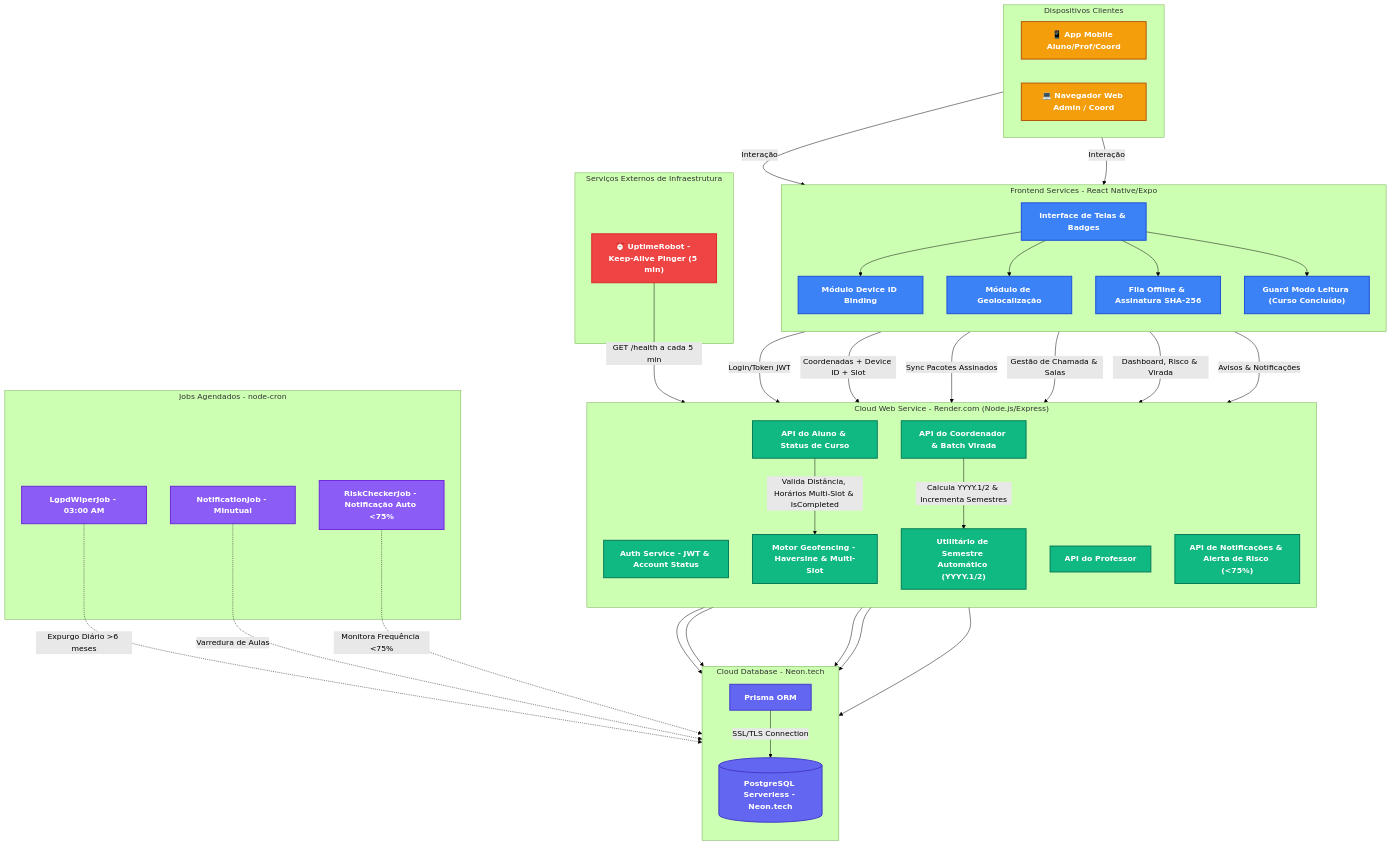
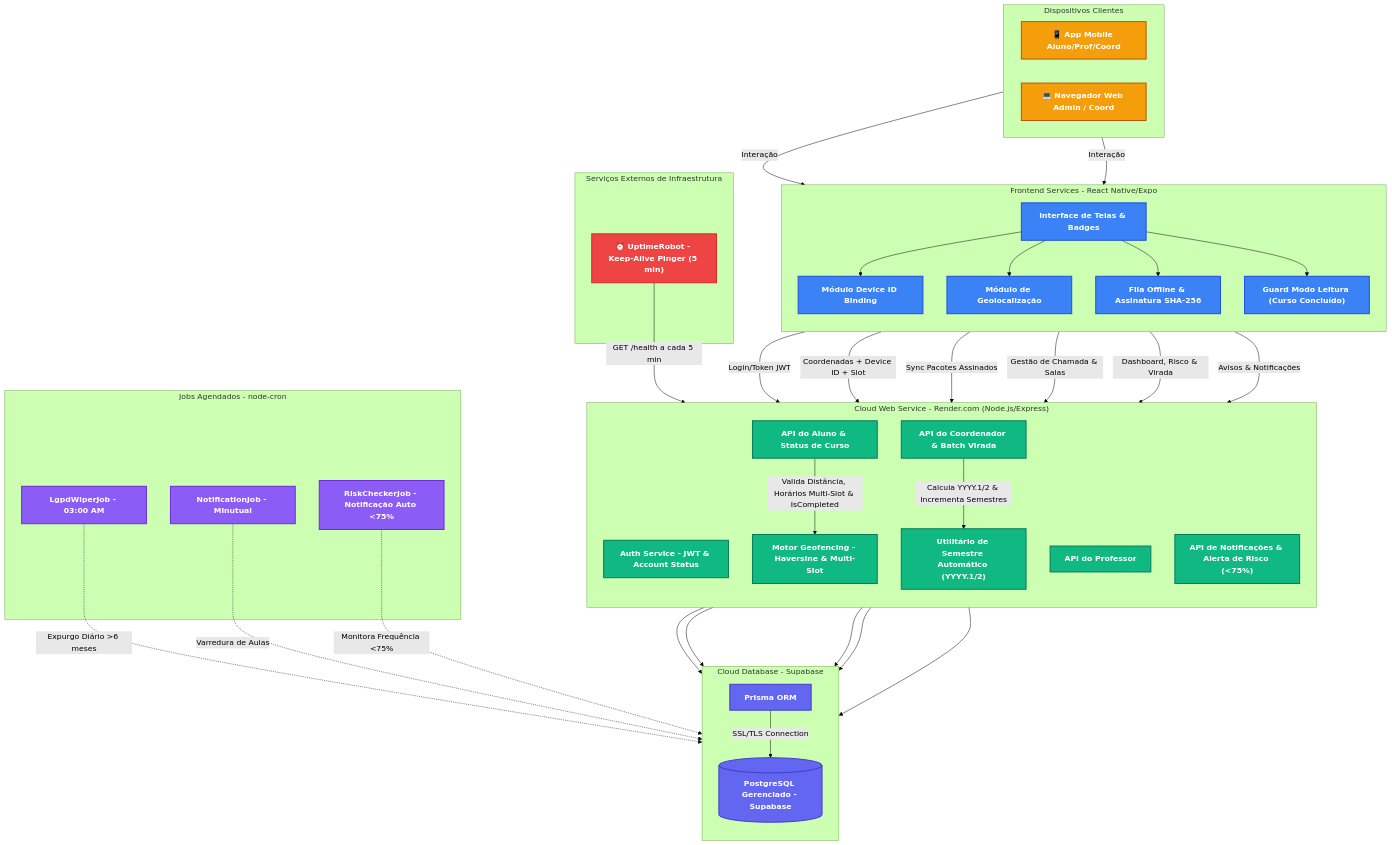
The diagram in README.md (caneschi-lais/geoclass), drawn with Mermaid (forest theme) before and after one commit. The commit also changed other lines of this file and 9 other files, not shown here.

Commit message:
docs: update architecture, ERD, and flow diagrams for Supabase and remove Cloudflare and Neon references

```diff
--- a/README.md
+++ b/README.md
@@ -213,10 +213,10 @@
         RiskJob["RiskCheckerJob - Notificação Auto <75%"]:::job
     end
 
-    subgraph Persistence ["Cloud Database - Neon.tech"]
+    subgraph Persistence ["Cloud Database - Supabase"]
         direction TB
         ORM["Prisma ORM"]:::database
-        DB[("PostgreSQL Serverless - Neon.tech")]:::database
+        DB[("PostgreSQL Gerenciado - Supabase")]:::database
     end
 
     %% Keep-Alive
```
